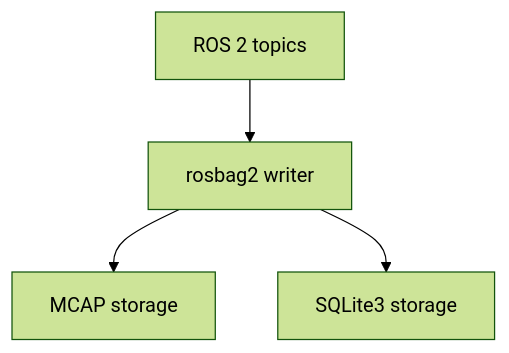
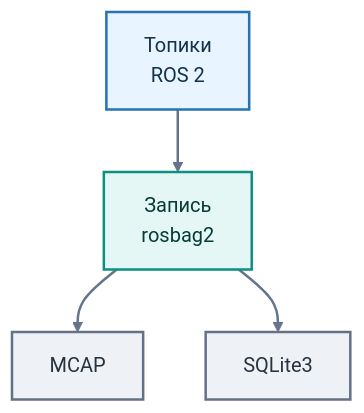
Before and after one commit to BosenkoTM/Big-data-processing-methods: the fifth of 13 diagrams in 2026/lectures/lecture_03_robotics_iot_big_data.md, drawn with Mermaid (forest theme). The commit also changed other lines of this file, not shown here.

````diff
--- a/2026/lectures/lecture_03_robotics_iot_big_data.md
+++ b/2026/lectures/lecture_03_robotics_iot_big_data.md
@@ -298,6 +348,16 @@
 ```mermaid
 flowchart TD
-    TOP["ROS 2 topics"] --> WR["rosbag2 writer"]
-    WR --> MCAP["MCAP storage"]
-    WR --> SQL["SQLite3 storage"]
+    TOP["Топики<br/>ROS 2"] --> WR["Запись<br/>rosbag2"]
+    WR --> MCAP["MCAP"]
+    WR --> SQL["SQLite3"]
+
+    classDef source fill:#E8F4FF,stroke:#2474B5,color:#12324A,stroke-width:2px
+    classDef process fill:#E5F7F5,stroke:#0E8F83,color:#073B37,stroke-width:2px
+    classDef storage fill:#EEF2F7,stroke:#667085,color:#273240,stroke-width:2px
+
+    class TOP source
+    class WR process
+    class MCAP,SQL storage
+
+    linkStyle default stroke:#64748B,stroke-width:2px
 ```
````
